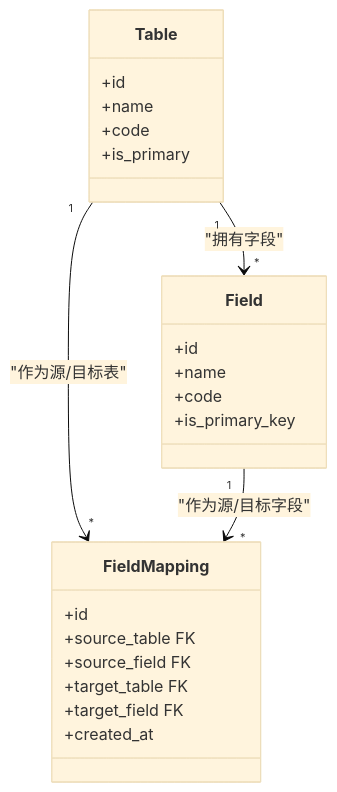
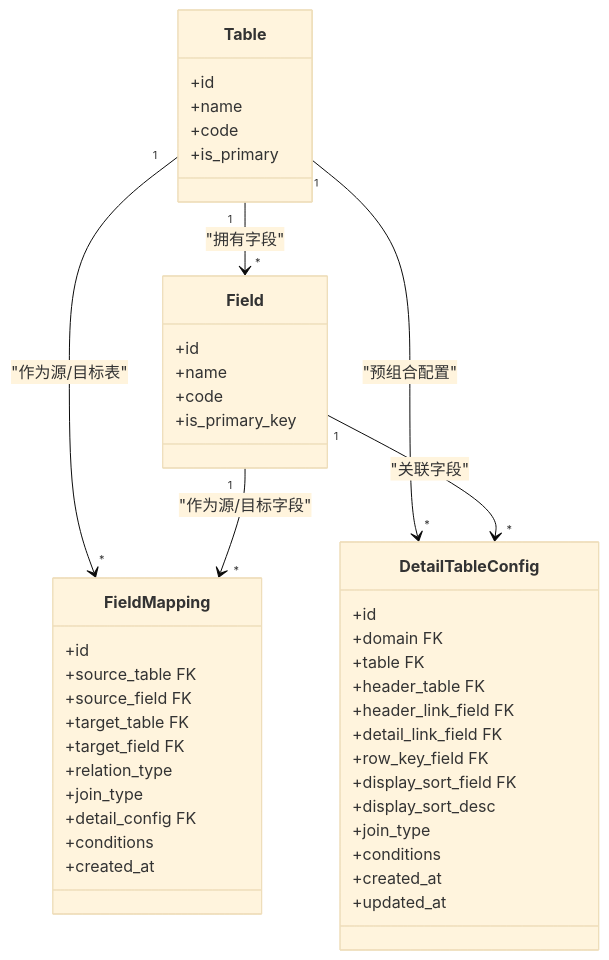
Before and after one commit to zyp-coder/Metadata: the third of 6 diagrams in .qoder/repowiki/zh/content/数据建模模块/字段映射.md, drawn with Mermaid (base theme). The commit also changed other lines of this file and 8 other files, not shown here.

````diff
--- a/.qoder/repowiki/zh/content/数据建模模块/字段映射.md
+++ b/.qoder/repowiki/zh/content/数据建模模块/字段映射.md
@@ -122,26 +137,47 @@
 ```mermaid
 classDiagram
 class Table {
 +id
 +name
 +code
 +is_primary
 }
 class Field {
 +id
 +name
 +code
 +is_primary_key
 }
 class FieldMapping {
 +id
 +source_table FK
 +source_field FK
 +target_table FK
 +target_field FK
++relation_type
++join_type
++detail_config FK
++conditions
 +created_at
+}
+class DetailTableConfig {
++id
++domain FK
++table FK
++header_table FK
++header_link_field FK
++detail_link_field FK
++row_key_field FK
++display_sort_field FK
++display_sort_desc
++join_type
++conditions
++created_at
++updated_at
 }
 Table "1" --> "*" Field : "拥有字段"
 Table "1" --> "*" FieldMapping : "作为源/目标表"
 Field "1" --> "*" FieldMapping : "作为源/目标字段"
+Table "1" --> "*" DetailTableConfig : "预组合配置"
+Field "1" --> "*" DetailTableConfig : "关联字段"
 ```
````
